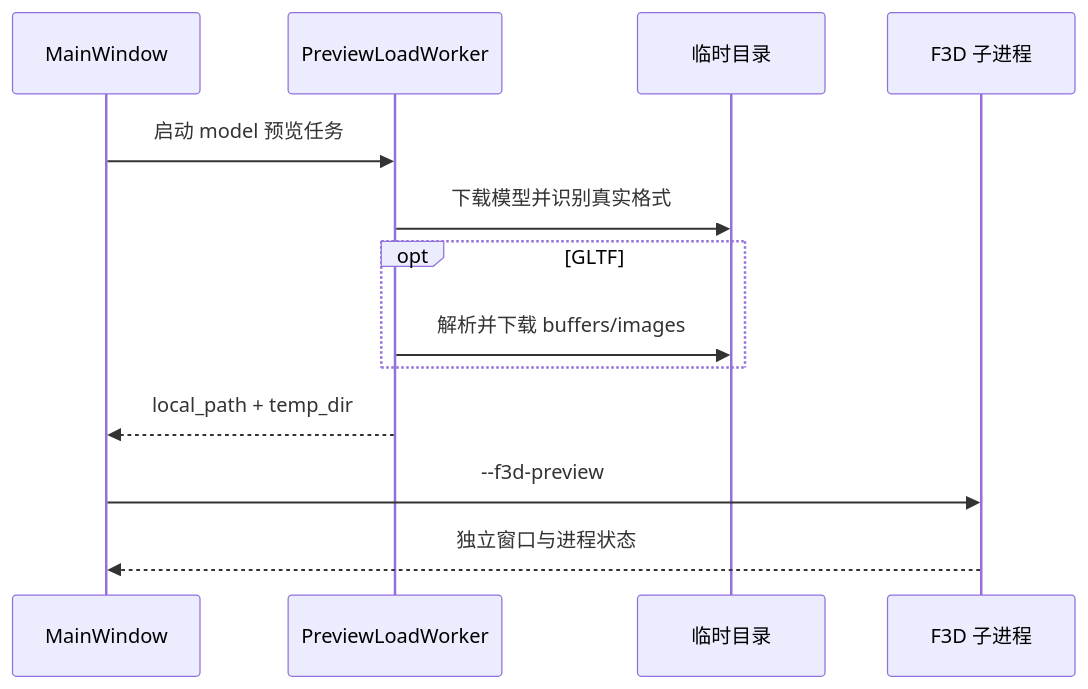
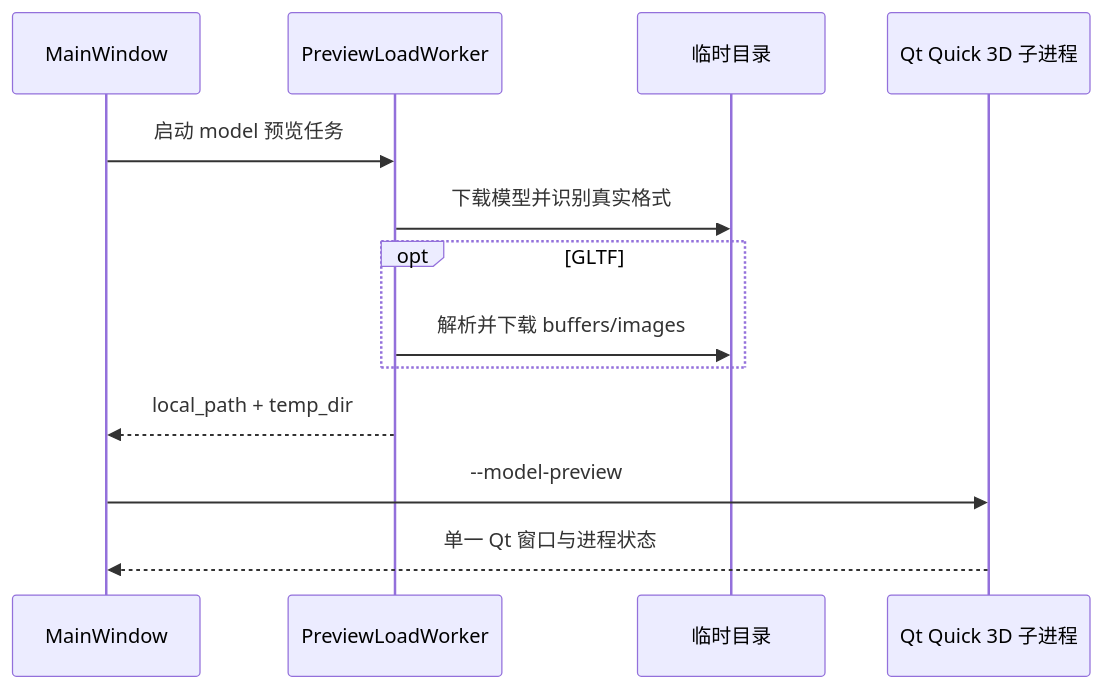
One commit to cossoledad/RESTFulSeaweedFSBrowser changed the seventh of 10 diagrams in README.md. Above: the diagram before and after it, drawn with Mermaid. The commit also changed other lines of this file and 8 other files, not shown here.

````diff
--- a/README.md
+++ b/README.md
@@ -318,16 +317,16 @@
 ```mermaid
 sequenceDiagram
     participant UI as MainWindow
     participant WK as PreviewLoadWorker
     participant FS as 临时目录
-    participant F3D as F3D 子进程
+    participant Model as Qt Quick 3D 子进程
 
     UI->>WK: 启动 model 预览任务
     WK->>FS: 下载模型并识别真实格式
     opt GLTF
         WK->>FS: 解析并下载 buffers/images
     end
     WK-->>UI: local_path + temp_dir
-    UI->>F3D: --f3d-preview
-    F3D-->>UI: 独立窗口与进程状态
+    UI->>Model: --model-preview
+    Model-->>UI: 单一 Qt 窗口与进程状态
 ```
````
